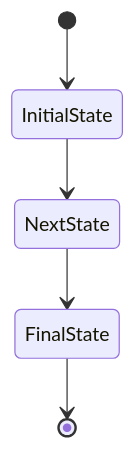
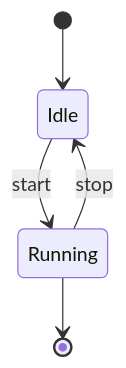
Before and after one commit to hgrabows/diagrammer-skills: the first of 13 diagrams in skills/diagrammer/specs/mermaid/stateDiagram.md, drawn with Mermaid. The commit also changed other lines of this file and 127 other files, not shown here.

First line of the commit message:
feat: audit all specs, add example gallery, fix PlantUML and Gantt rendering

````diff
--- a/skills/diagrammer/specs/mermaid/stateDiagram.md
+++ b/skills/diagrammer/specs/mermaid/stateDiagram.md
@@ -33,7 +26,7 @@
 ```mermaid
-stateDiagram
-    [*] --> InitialState
-    InitialState --> NextState
-    NextState --> FinalState
-    FinalState --> [*]
+stateDiagram-v2
+    [*] --> Idle
+    Idle --> Running : start
+    Running --> Idle : stop
+    Running --> [*]
 ```
````
